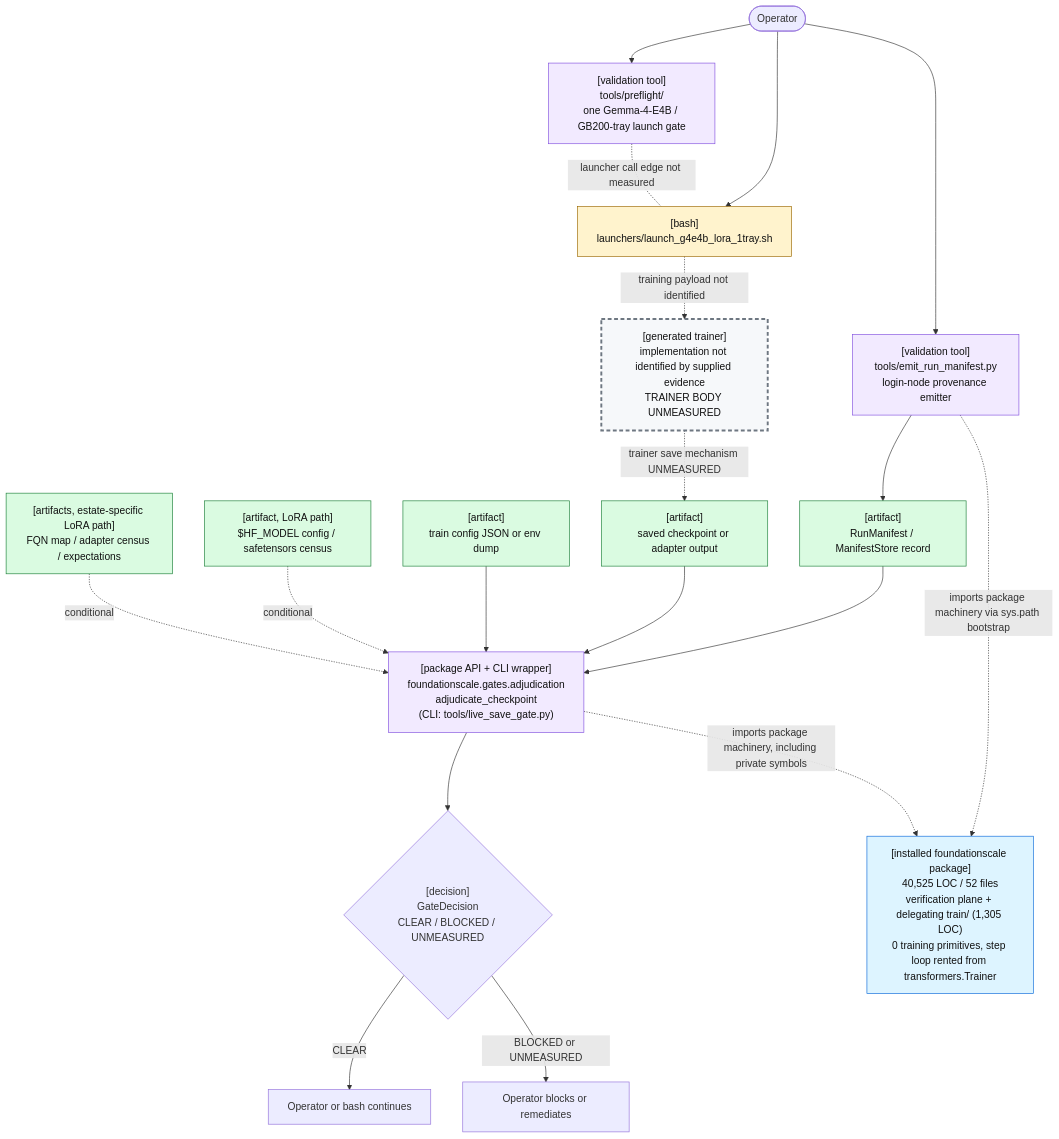
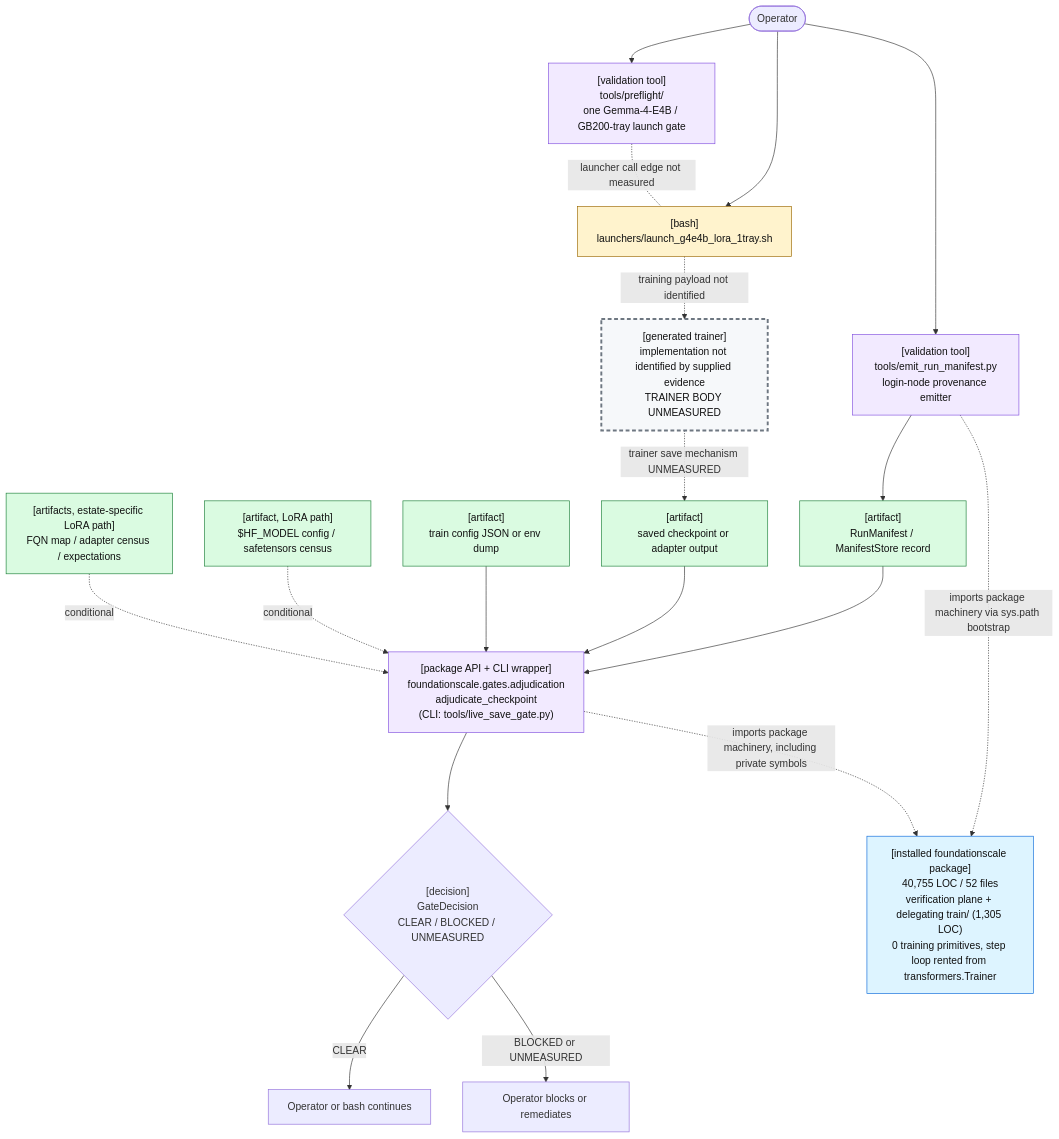
One commit to TranNhiem/FoundationScale changed the first of 2 diagrams in docs/review/D2_current_architecture.md. Above: the diagram before and after it, drawn with Mermaid. The commit also changed other lines of this file and 13 other files, not shown here.

````diff
--- a/docs/review/D2_current_architecture.md
+++ b/docs/review/D2_current_architecture.md
@@ -25,59 +25,59 @@
 ```mermaid
 flowchart TB
   O(["Operator"])
 
   PF["[validation tool]<br/>tools/preflight/<br/>one Gemma-4-E4B / GB200-tray launch gate"]
   L["[bash]<br/>launchers/launch_g4e4b_lora_1tray.sh"]
 
   E["[validation tool]<br/>tools/emit_run_manifest.py<br/>login-node provenance emitter"]
   M["[artifact]<br/>RunManifest / ManifestStore record"]
 
   T["[generated trainer]<br/>implementation not identified by supplied evidence<br/>TRAINER BODY UNMEASURED"]
   C["[artifact]<br/>saved checkpoint or adapter output"]
 
   G["[package API + CLI wrapper]<br/>foundationscale.gates.adjudication<br/>adjudicate_checkpoint<br/>(CLI: tools/live_save_gate.py)"]
   CFG["[artifact]<br/>train config JSON or env dump"]
   BASE["[artifact, LoRA path]<br/>$HF_MODEL config / safetensors census"]
   CEN["[artifacts, estate-specific LoRA path]<br/>FQN map / adapter census / expectations"]
 
   D{"[decision]<br/>GateDecision<br/>CLEAR / BLOCKED / UNMEASURED"}
   OK["Operator or bash continues"]
   NO["Operator blocks or remediates"]
 
-  PKG["[installed foundationscale package]<br/>40,525 LOC / 52 files<br/>verification plane + delegating train/ (1,305 LOC)<br/>0 training primitives, step loop rented from transformers.Trainer"]
+  PKG["[installed foundationscale package]<br/>40,755 LOC / 52 files<br/>verification plane + delegating train/ (1,305 LOC)<br/>0 training primitives, step loop rented from transformers.Trainer"]
 
   O --> PF
   O --> L
   PF -. "launcher call edge not measured" .- L
 
   O --> E
   E --> M
 
   L -. "training payload not identified" .-> T
   T -. "trainer save mechanism UNMEASURED" .-> C
 
   M --> G
   C --> G
   CFG --> G
   BASE -. "conditional" .-> G
   CEN -. "conditional" .-> G
 
   E -. "imports package machinery via sys.path bootstrap" .-> PKG
   G -. "imports package machinery, including private symbols" .-> PKG
 
   G --> D
   D -->|"CLEAR"| OK
   D -->|"BLOCKED or UNMEASURED"| NO
 
   classDef bash fill:#fff3cd,stroke:#9a6700,color:#111;
   classDef tool fill:#f2eaff,stroke:#8250df,color:#111;
   classDef artifact fill:#dafbe1,stroke:#1a7f37,color:#111;
   classDef gap fill:#f6f8fa,stroke:#6e7781,stroke-width:3px,stroke-dasharray: 6 4,color:#111;
   classDef pkg fill:#ddf4ff,stroke:#0969da,color:#111;
 
   class L bash;
   class PF,E,G tool;
   class M,C,CFG,BASE,CEN artifact;
   class T gap;
   class PKG pkg;
 ```
````
